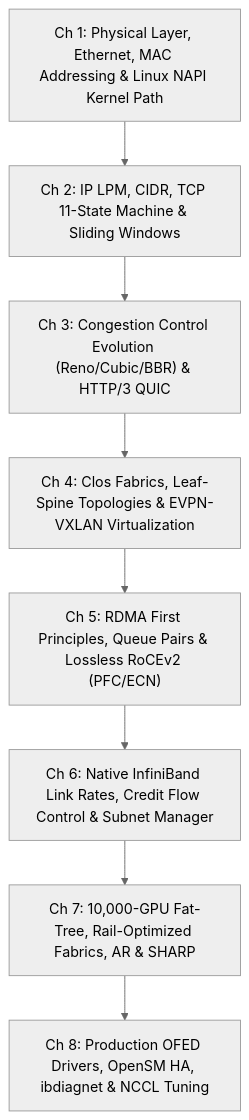
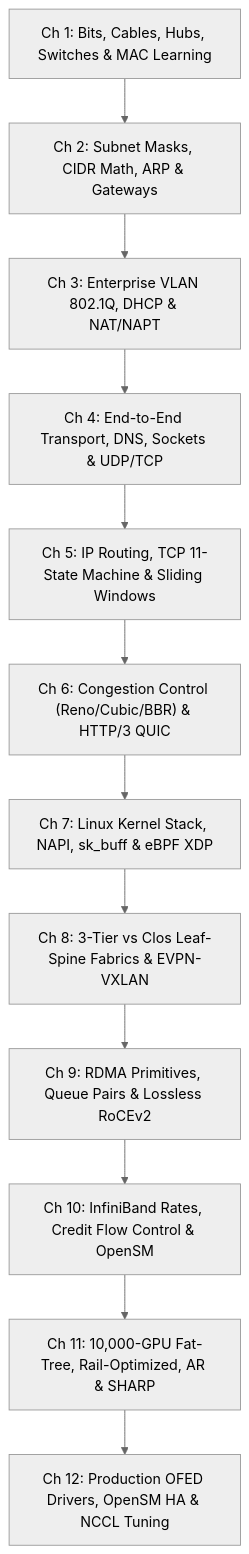
One commit to ifnodoraemon/ifnodoraemon.github.io changed the fourth of 4 diagrams in content/en/articles/infiniband-production-deployment-opensm-ofed-nccl-tuning.en.md. Above: the diagram before and after it, drawn with Mermaid (neutral theme). The commit also changed other lines of this file and 42 other files, not shown here.

````diff
--- a/content/en/articles/infiniband-production-deployment-opensm-ofed-nccl-tuning.en.md
+++ b/content/en/articles/infiniband-production-deployment-opensm-ofed-nccl-tuning.en.md
@@ -263,10 +263,14 @@
 ```mermaid
 flowchart TD
-    Ch1["Ch 1: Physical Layer, Ethernet, MAC Addressing & Linux NAPI Kernel Path"] --> Ch2["Ch 2: IP LPM, CIDR, TCP 11-State Machine & Sliding Windows"]
-    Ch2 --> Ch3["Ch 3: Congestion Control Evolution (Reno/Cubic/BBR) & HTTP/3 QUIC"]
-    Ch3 --> Ch4["Ch 4: Clos Fabrics, Leaf-Spine Topologies & EVPN-VXLAN Virtualization"]
-    Ch4 --> Ch5["Ch 5: RDMA First Principles, Queue Pairs & Lossless RoCEv2 (PFC/ECN)"]
-    Ch5 --> Ch6["Ch 6: Native InfiniBand Link Rates, Credit Flow Control & Subnet Manager"]
-    Ch6 --> Ch7["Ch 7: 10,000-GPU Fat-Tree, Rail-Optimized Fabrics, AR & SHARP"]
-    Ch7 --> Ch8["Ch 8: Production OFED Drivers, OpenSM HA, ibdiagnet & NCCL Tuning"]
+    Ch1["Ch 1: Bits, Cables, Hubs, Switches & MAC Learning"] --> Ch2["Ch 2: Subnet Masks, CIDR Math, ARP & Gateways"]
+    Ch2 --> Ch3["Ch 3: Enterprise VLAN 802.1Q, DHCP & NAT/NAPT"]
+    Ch3 --> Ch4["Ch 4: End-to-End Transport, DNS, Sockets & UDP/TCP"]
+    Ch4 --> Ch5["Ch 5: IP Routing, TCP 11-State Machine & Sliding Windows"]
+    Ch5 --> Ch6["Ch 6: Congestion Control (Reno/Cubic/BBR) & HTTP/3 QUIC"]
+    Ch6 --> Ch7["Ch 7: Linux Kernel Stack, NAPI, sk_buff & eBPF XDP"]
+    Ch7 --> Ch8["Ch 8: 3-Tier vs Clos Leaf-Spine Fabrics & EVPN-VXLAN"]
+    Ch8 --> Ch9["Ch 9: RDMA Primitives, Queue Pairs & Lossless RoCEv2"]
+    Ch9 --> Ch10["Ch 10: InfiniBand Rates, Credit Flow Control & OpenSM"]
+    Ch10 --> Ch11["Ch 11: 10,000-GPU Fat-Tree, Rail-Optimized, AR & SHARP"]
+    Ch11 --> Ch12["Ch 12: Production OFED Drivers, OpenSM HA & NCCL Tuning"]
 ```
````
